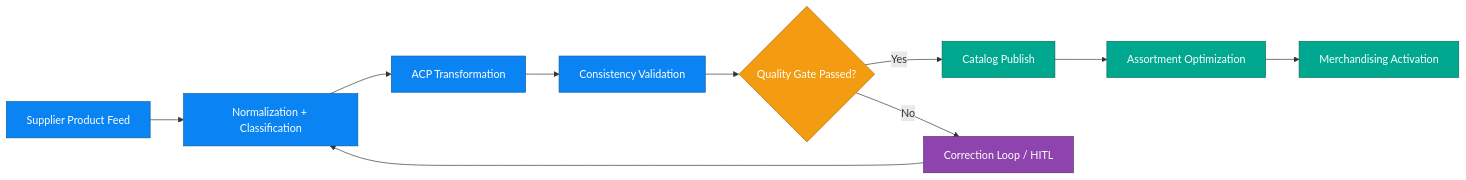
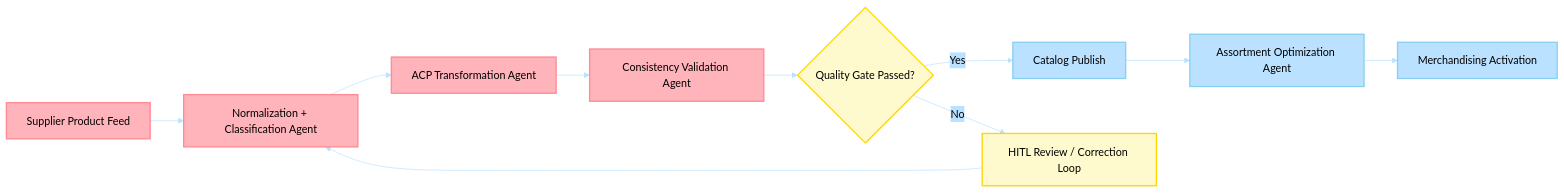
Before and after one commit to Azure-Samples/holiday-peak-hub: the diagram in docs/business_scenarios/07-product-lifecycle-management/README.md, drawn with Mermaid. The commit also changed other lines of this file and 112 other files, not shown here.

````diff
--- a/docs/business_scenarios/07-product-lifecycle-management/README.md
+++ b/docs/business_scenarios/07-product-lifecycle-management/README.md
@@ -27,21 +42,28 @@
 ```mermaid
+%%{init: {'theme':'base', 'themeVariables': {
+  'primaryColor':'#FFB3BA',
+  'primaryTextColor':'#000',
+  'primaryBorderColor':'#FF8B94',
+  'lineColor':'#BAE1FF',
+  'secondaryColor':'#BAE1FF',
+  'tertiaryColor':'#FFFFFF'
+}}}%%
 flowchart LR
-   A[Supplier Product Feed] --> B[Normalization + Classification]
-   B --> C[ACP Transformation]
-   C --> D[Consistency Validation]
+   A[Supplier Product Feed] --> B[Normalization + Classification Agent]
+   B --> C[ACP Transformation Agent]
+   C --> D[Consistency Validation Agent]
    D --> E{Quality Gate Passed?}
    E -->|Yes| F[Catalog Publish]
-   E -->|No| G[Correction Loop / HITL]
+   E -->|No| G[HITL Review / Correction Loop]
    G --> B
-   F --> H[Assortment Optimization]
+   F --> H[Assortment Optimization Agent]
    H --> I[Merchandising Activation]
 
-   classDef a fill:#0B84F3,color:#fff,stroke:#085ea8
-   classDef b fill:#00A88F,color:#fff,stroke:#0b6e5f
-   classDef c fill:#F39C12,color:#fff,stroke:#af6f0c
-   classDef d fill:#8E44AD,color:#fff,stroke:#5b2a70
-   class A,B,C,D a
-   class F,H,I b
-   class E c
-   class G d
+   classDef primary fill:#FFB3BA,stroke:#FF8B94,stroke-width:2px,color:#000
+   classDef secondary fill:#BAE1FF,stroke:#89CFF0,stroke-width:2px,color:#000
+   classDef alert fill:#FFFACD,stroke:#FFD700,stroke-width:2px,color:#000
+
+   class A,B,C,D primary
+   class F,H,I secondary
+   class E,G alert
 ```
````
